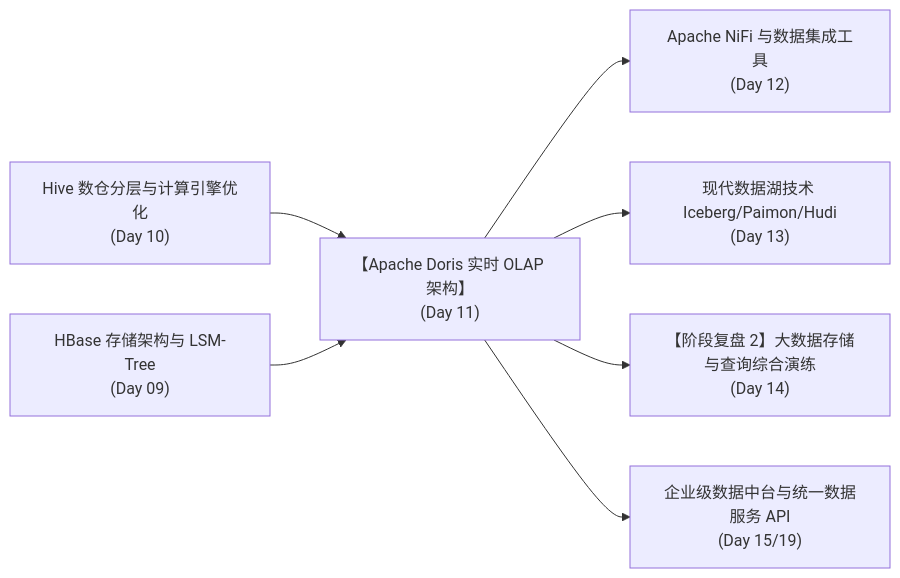
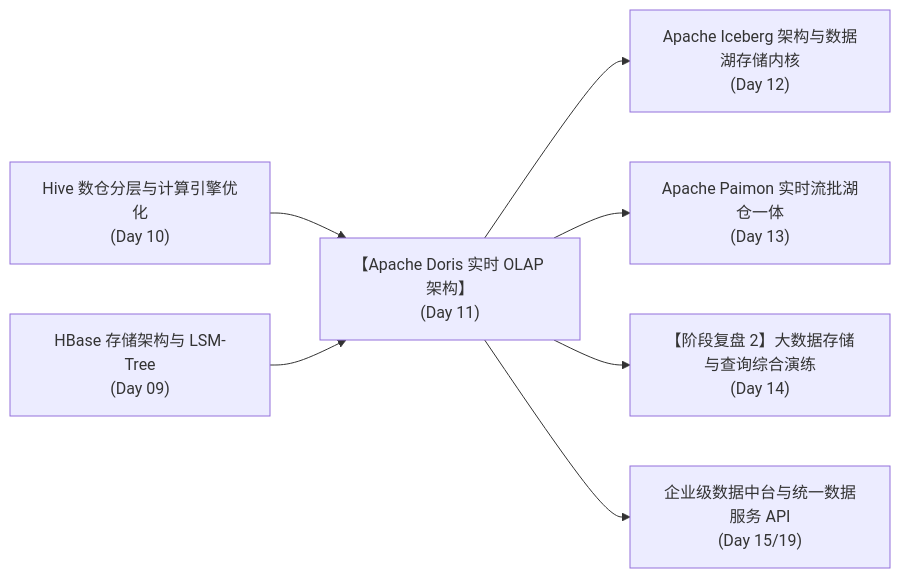
One commit to tieke1121/tech-interview-knowledge-base changed the sixth of 6 diagrams in 01-bigdata/08-doris-lakehouse/01-doris-realtime-olap.md. Above: the diagram before and after it, drawn with Mermaid. The commit also changed 5 other files, not shown here.

Commit message:
refactor: remove nifi & kylin, upgrade curriculum with apache iceberg & paimon lakehouse

````diff
--- a/01-bigdata/08-doris-lakehouse/01-doris-realtime-olap.md
+++ b/01-bigdata/08-doris-lakehouse/01-doris-realtime-olap.md
@@ -730,9 +730,9 @@
 ```mermaid
 graph LR
     Pre1["Hive 数仓分层与计算引擎优化<br/>(Day 10)"] --> Current["【Apache Doris 实时 OLAP 架构】<br/>(Day 11)"]
     Pre2["HBase 存储架构与 LSM-Tree<br/>(Day 09)"] --> Current
-    Current --> Down1["Apache NiFi 与数据集成工具<br/>(Day 12)"]
-    Current --> Down2["现代数据湖技术 Iceberg/Paimon/Hudi<br/>(Day 13)"]
+    Current --> Down1["Apache Iceberg 架构与数据湖存储内核<br/>(Day 12)"]
+    Current --> Down2["Apache Paimon 实时流批湖仓一体<br/>(Day 13)"]
     Current --> Down3["【阶段复盘 2】大数据存储与查询综合演练<br/>(Day 14)"]
     Current --> Arch["企业级数据中台与统一数据服务 API<br/>(Day 15/19)"]
 ```
````
